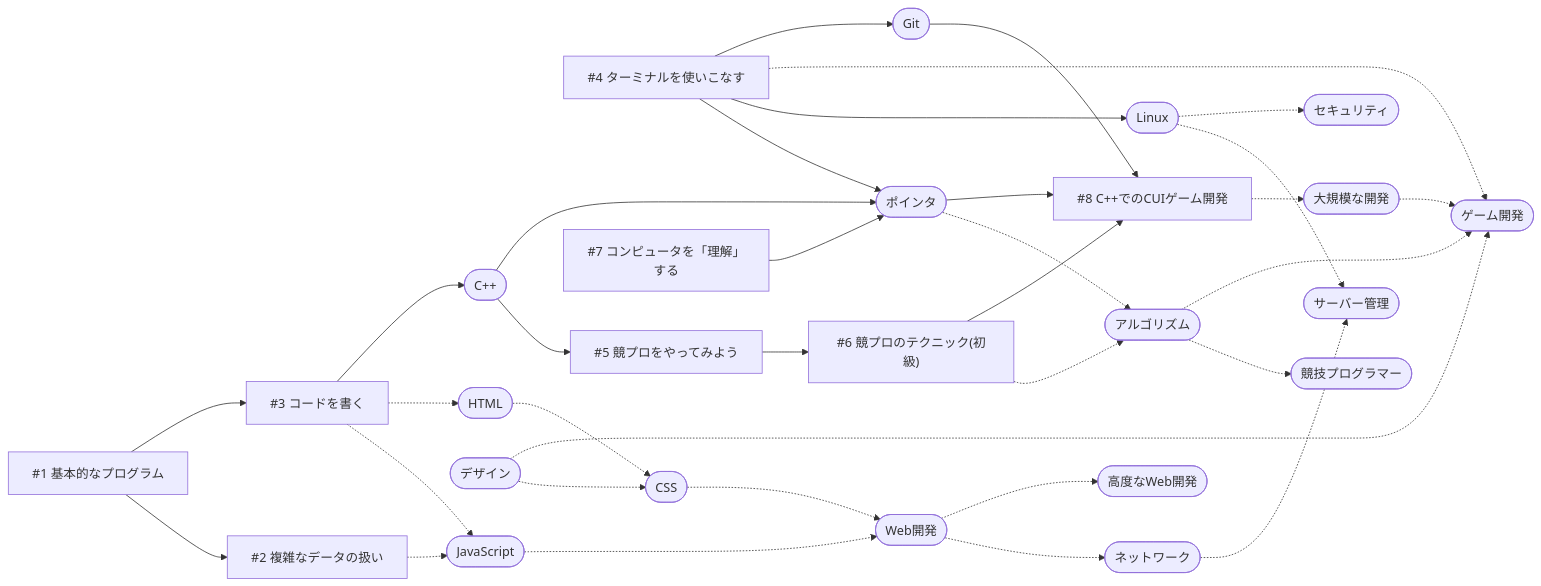
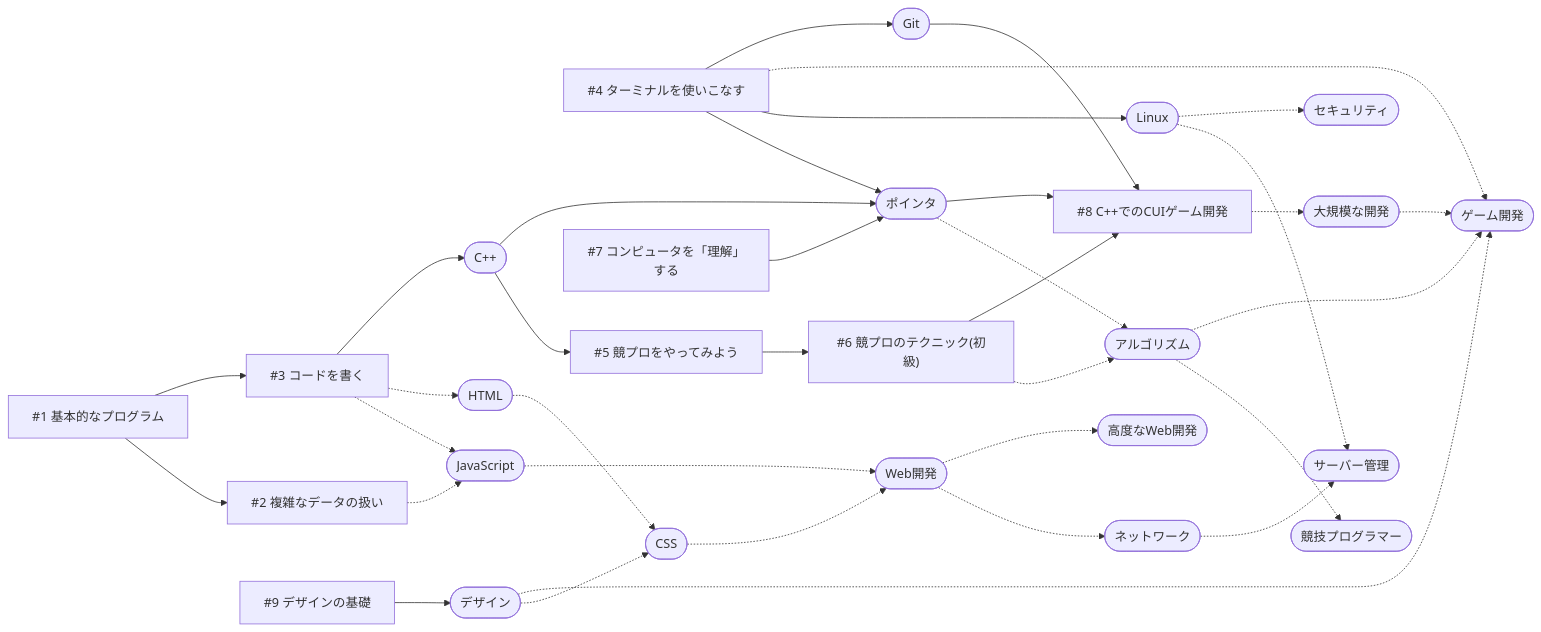
One commit to Koyo-PC/Guide-For-Members changed the diagram in index.md. Above: the diagram before and after it, drawn with Mermaid. The commit also changed other lines of this file, not shown here.

````diff
--- a/index.md
+++ b/index.md
@@ -66,38 +67,39 @@
 ```mermaid
 flowchart LR
 #1[#1 基本的なプログラム] --> #2[#2 複雑なデータの扱い]
 #1 --> #3[#3 コードを書く]
 #4[#4 ターミナルを使いこなす]
 #2 -.-> JS([JavaScript])
 %% #2 --> #5
 #3 -.-> JS
 #3 -.-> HTML([HTML])
+#9[#9 デザインの基礎] --> Design
 Design([デザイン]) -.-> CSS([CSS])
 HTML -.-> CSS
 CSS -.-> Web([Web開発])
 JS -.-> Web
 Web -.-> Net([ネットワーク])
 Net -.-> Server([サーバー管理])
 Web -.-> HardWeb([高度なWeb開発])
 #7["#7 コンピュータを「理解」する"] --> Pointer([ポインタ])
 #3 --> C++([C++])
 C++ --> #5[#5 競プロをやってみよう]
 #5 --> #6["#6 競プロのテクニック(初級)"]
 Algo([アルゴリズム]) -.-> 競プロer([競技プログラマー])
 #6 -.-> Algo
 Pointer -.-> Algo
 #4 --> Pointer
 #4 --> Linux([Linux])
 Linux -.-> Server
 Linux -.-> Hacking([セキュリティ])
 Design -.-> Game([ゲーム開発])
 Algo -.-> Game
 #4 -.-> Game
 #4 --> Git([Git])
 #8 -.-> Project([大規模な開発])
 Git --> #8
 Project -.-> Game
 C++ --> Pointer
 Pointer --> #8["#8 C++でのCUIゲーム開発"]
 #6 --> #8
 ```
````
